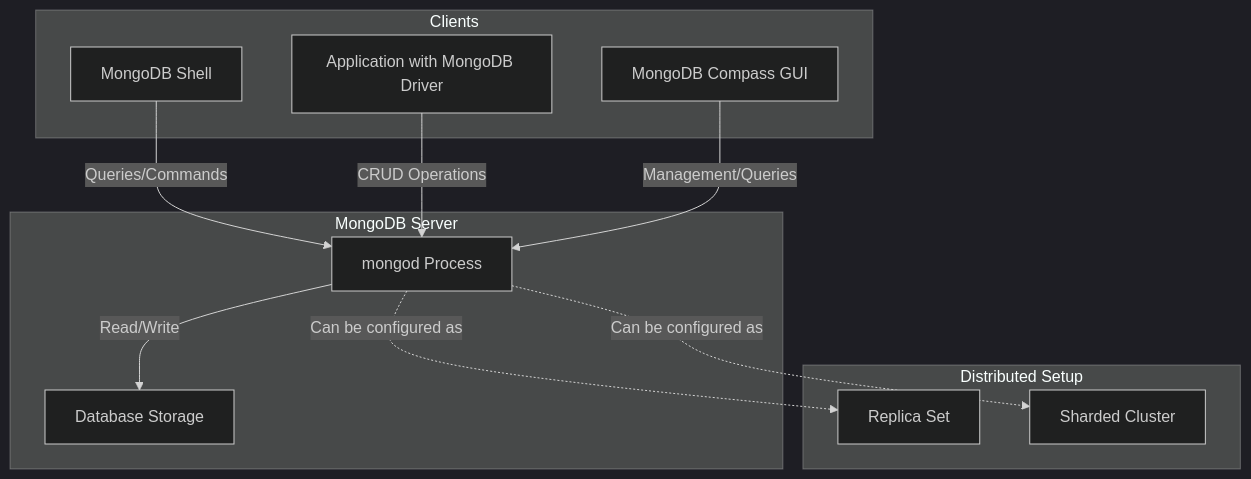
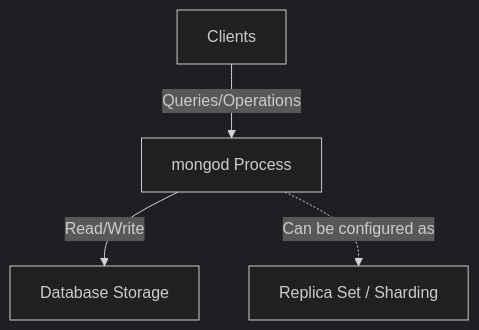
Before and after one commit to perogeremmer/blog: the first of 2 diagrams in tutorial/series/mongodb-essential/2-servers-and-clients.md, drawn with Mermaid (dark theme). The commit also changed other lines of this file, not shown here.

````diff
--- a/tutorial/series/mongodb-essential/2-servers-and-clients.md
+++ b/tutorial/series/mongodb-essential/2-servers-and-clients.md
@@ -7,26 +7,6 @@
 ```mermaid
 graph TD
-    subgraph Clients
-        A[MongoDB Shell]
-        B[Application with MongoDB Driver]
-        C[MongoDB Compass GUI]
-    end
-
-    subgraph "MongoDB Server"
-        D[mongod Process]
-        E[Database Storage]
-    end
-
-    A -->|Queries/Commands| D
-    B -->|CRUD Operations| D
-    C -->|Management/Queries| D
-    D -->|Read/Write| E
-
-    subgraph "Distributed Setup"
-        F[Replica Set]
-        G[Sharded Cluster]
-    end
-
-    D -.->|Can be configured as| F
-    D -.->|Can be configured as| G
+    A[Clients] -->|Queries/Operations| D
+    D[mongod Process] -->|Read/Write| E[Database Storage]
+    D -.->|Can be configured as| F[Replica Set / Sharding]
 ```
````
